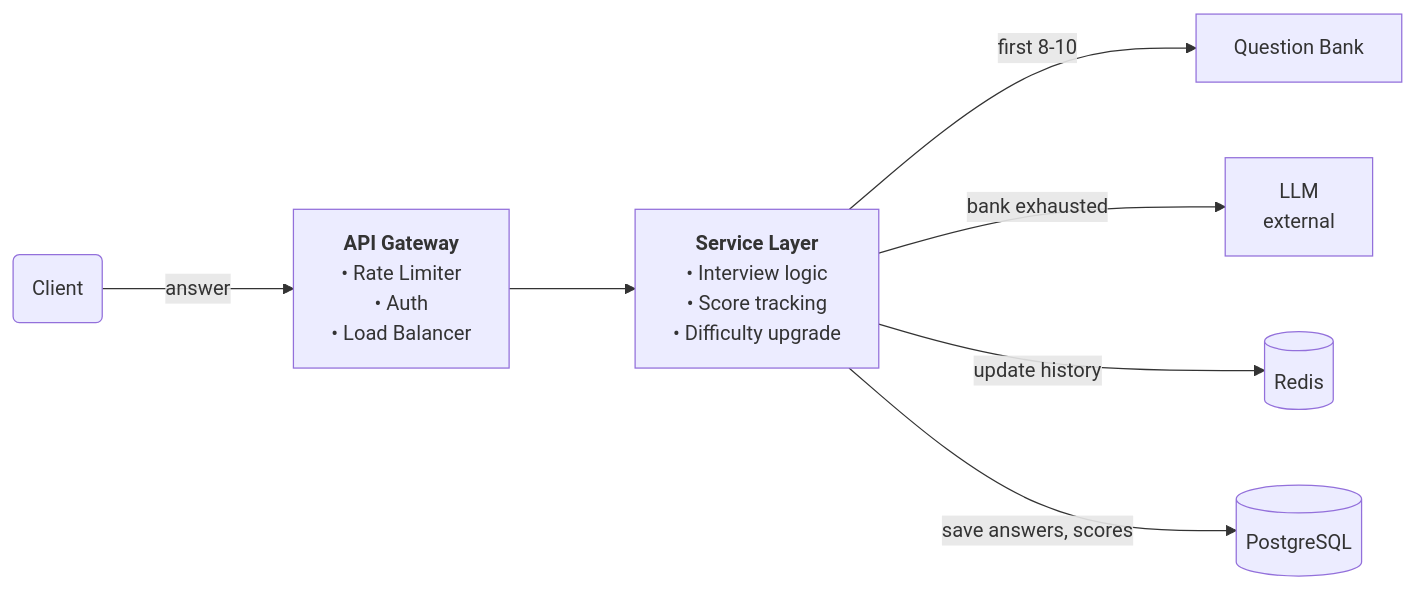
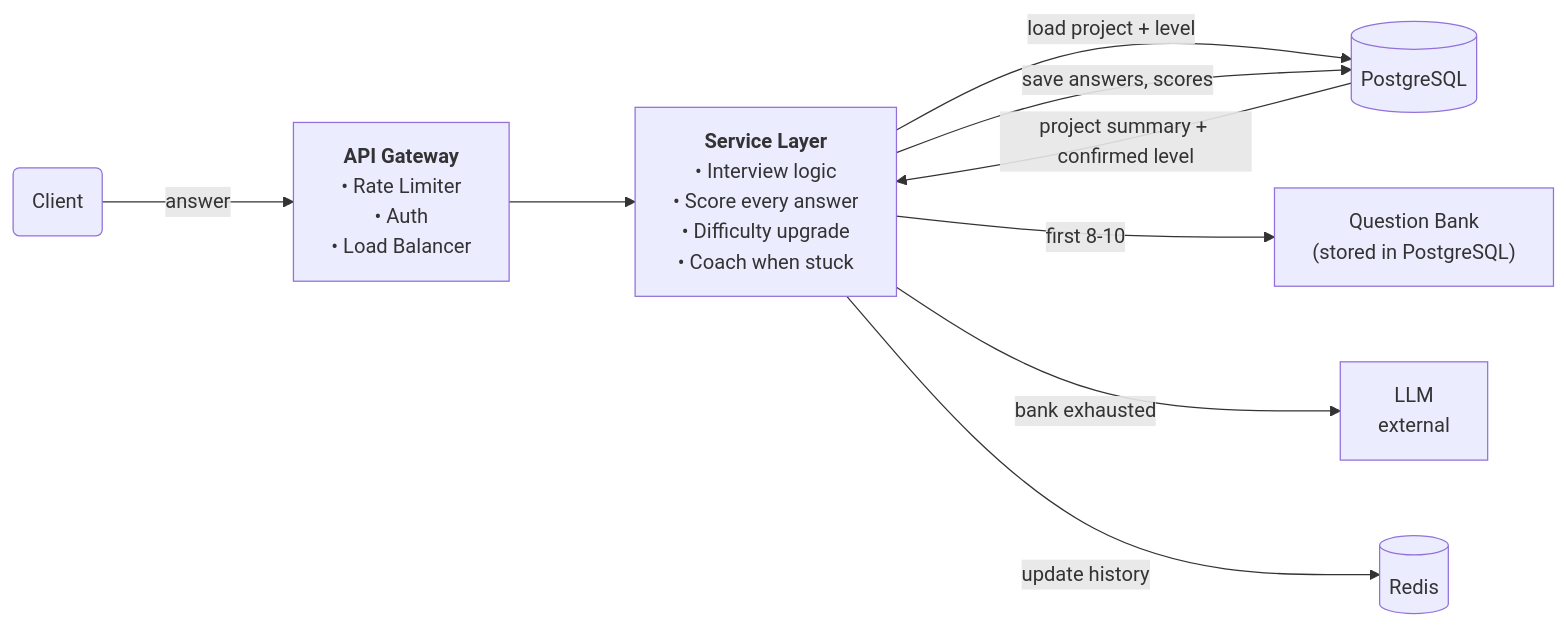
Before and after one commit to shivam-tamboli/GrillMyProject: the third of 4 diagrams in SYSTEM_DESIGN.md, drawn with Mermaid. The commit also changed other lines of this file, not shown here.

Commit message:
fix diagram 3 — scoring for all answers, project context load, fix question bank label

````diff
--- a/SYSTEM_DESIGN.md
+++ b/SYSTEM_DESIGN.md
@@ -391,18 +391,20 @@
 ```mermaid
 %%{init: {'flowchart': {'nodeSpacing': 60, 'rankSpacing': 100}}}%%
 flowchart LR
     Client(Client)
     GW["<b>API Gateway</b><br/>• Rate Limiter<br/>• Auth<br/>• Load Balancer"]
-    SVC["<b>Service Layer</b><br/>• Interview logic<br/>• Score tracking<br/>• Difficulty upgrade"]
-    QB[Question Bank]
+    SVC["<b>Service Layer</b><br/>• Interview logic<br/>• Score every answer<br/>• Difficulty upgrade<br/>• Coach when stuck"]
+    QB["Question Bank<br/>(stored in PostgreSQL)"]
     LLM["LLM<br/>external"]
     RD[(Redis)]
     PG[(PostgreSQL)]
 
+    SVC -->|load project + level| PG
+    PG -->|project summary + confirmed level| SVC
     Client -->|answer| GW
     GW --> SVC
     SVC -->|first 8-10| QB
     SVC -->|bank exhausted| LLM
     SVC -->|update history| RD
     SVC -->|save answers, scores| PG
 ```
````
